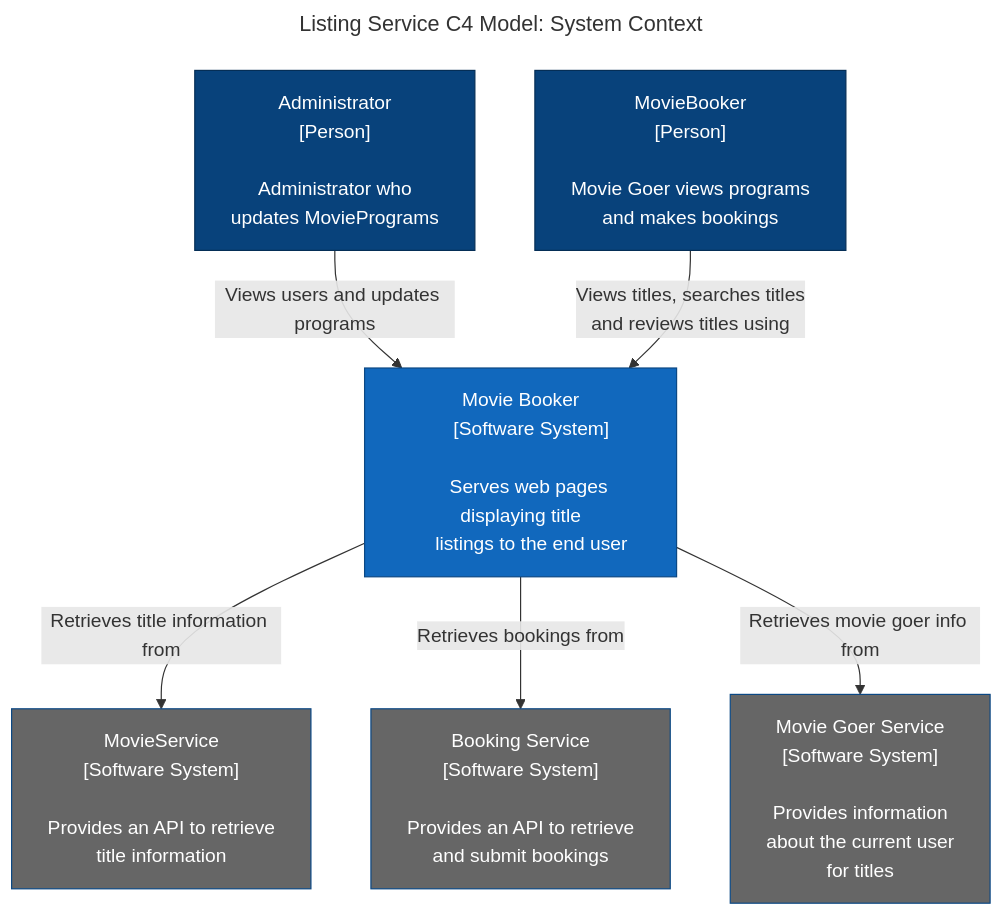
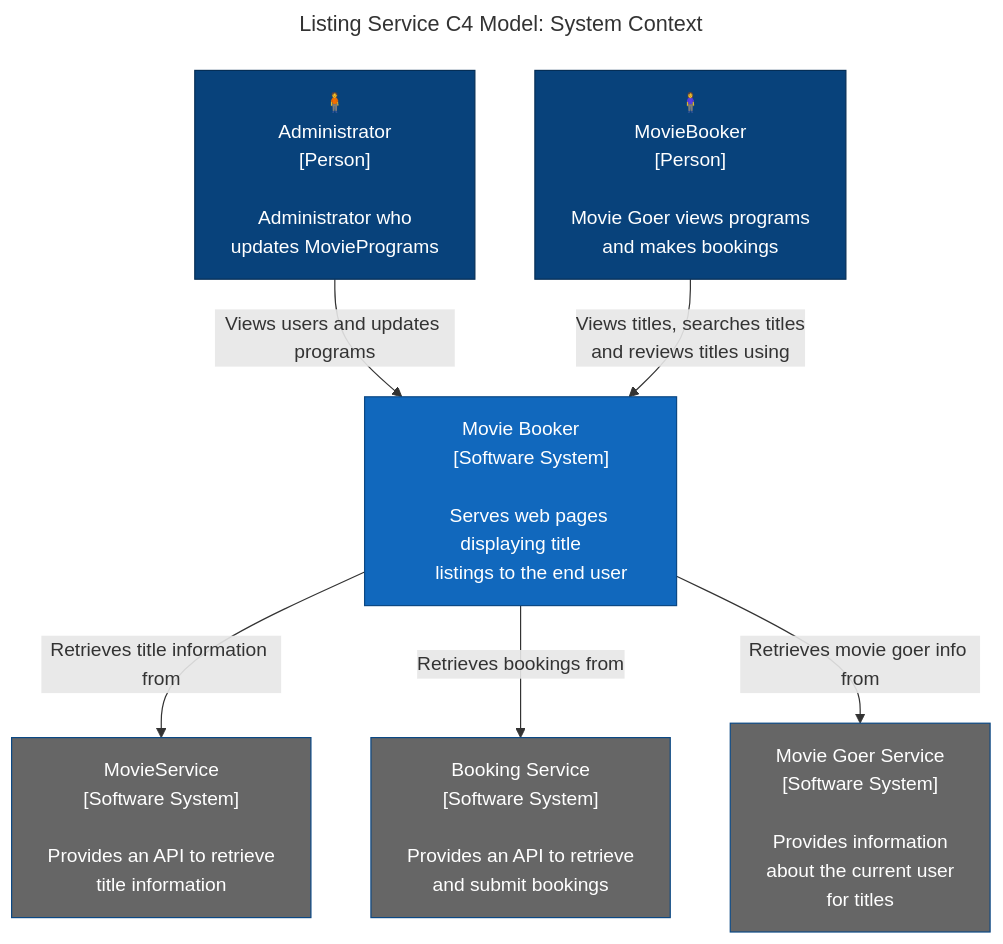
Diagram 18 of 20 in README.md (TomSpencerLondon/Domain-Modelling), drawn with Mermaid before and after one commit. The commit also changed other lines of this file, not shown here.

Commit message:
Add Component diagram

````diff
--- a/README.md
+++ b/README.md
@@ -444,59 +445,61 @@
 ```mermaid
 ---
 title: "Listing Service C4 Model: System Context"
 ---
 flowchart TD
-    Admin["Administrator
+    Admin["🧍 
+    Administrator
     [Person]
 
     Administrator who
     updates MoviePrograms"]
 
-    User["MovieBooker
+    User["🧍‍♀️
+    MovieBooker
     [Person]
     
     Movie Goer views programs 
     and makes bookings"]
     
     MB["Movie Booker
     [Software System]
     
     Serves web pages displaying title
     listings to the end user"]
     
     MS["MovieService
     [Software System]
     
     Provides an API to retrieve
     title information"]
     
     BS["Booking Service
     [Software System]
     
     Provides an API to retrieve
     and submit bookings"]
     
     MG["Movie Goer Service
     [Software System]
     
     Provides information
     about the current user
     for titles"]
     
     Admin--"Views users and updates programs" --> MB
     User--"Views titles, searches titles\nand reviews titles using" --> MB
     
     MB--"Retrieves title information from"-->MS
     MB--"Retrieves bookings from"-->BS
     MB--"Retrieves movie goer info from"-->MG
     
     classDef focusSystem fill:#1168bd,stroke:#0b4884,color:#ffffff
     classDef supportingSystem fill:#666,stroke:#0b4884,color:#ffffff
     classDef person fill:#08427b,stroke:#052e56,color:#ffffff
     classDef admin fill:#08427b,stroke:#052e56,color:#ffffff
 
     class User person
     class Admin admin
     class MB focusSystem
     class MS,BS,MG supportingSystem
 ```
````
